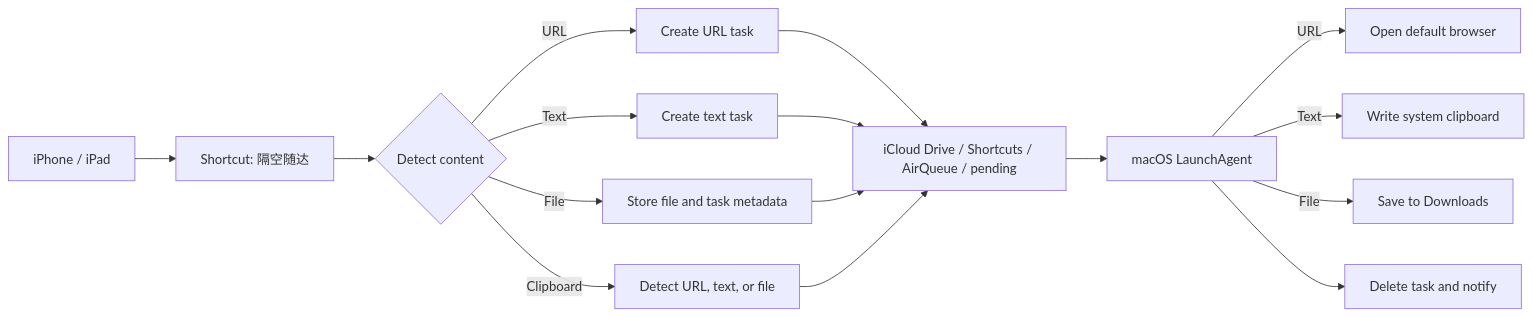
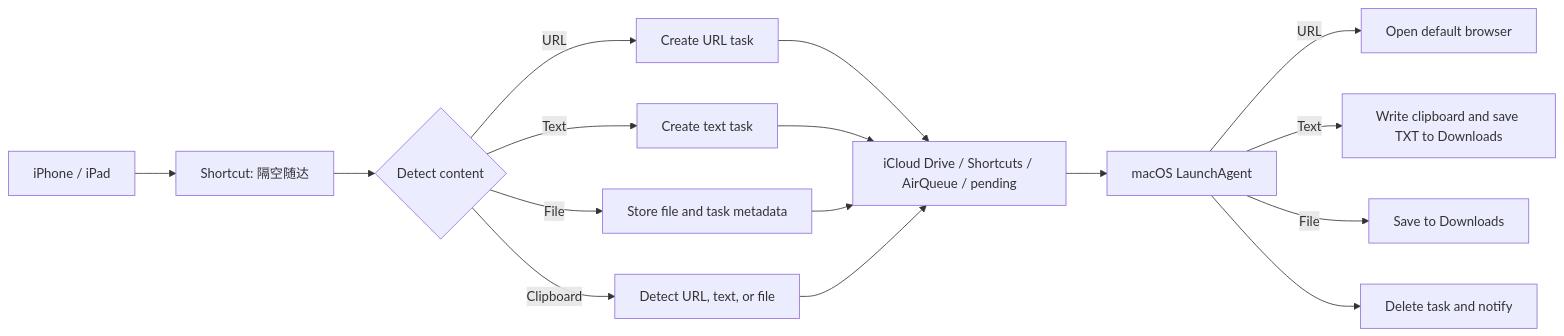
The second of 2 diagrams in README.md (OwlLinker/AirQueue), drawn with Mermaid before and after one commit. The commit also changed other lines of this file and 2 other files, not shown here.

Commit message:
Save received text to Downloads

````diff
--- a/README.md
+++ b/README.md
@@ -372,18 +372,18 @@
 ```mermaid
 flowchart LR
     A[iPhone / iPad] --> B[Shortcut: 隔空随达]
     B --> C{Detect content}
     C -->|URL| D[Create URL task]
     C -->|Text| E[Create text task]
     C -->|File| F[Store file and task metadata]
     C -->|Clipboard| G[Detect URL, text, or file]
     D --> H[iCloud Drive / Shortcuts / AirQueue / pending]
     E --> H
     F --> H
     G --> H
     H --> I[macOS LaunchAgent]
     I -->|URL| J[Open default browser]
-    I -->|Text| K[Write system clipboard]
+    I -->|Text| K[Write clipboard and save TXT to Downloads]
     I -->|File| L[Save to Downloads]
     I --> M[Delete task and notify]
 ```
````
